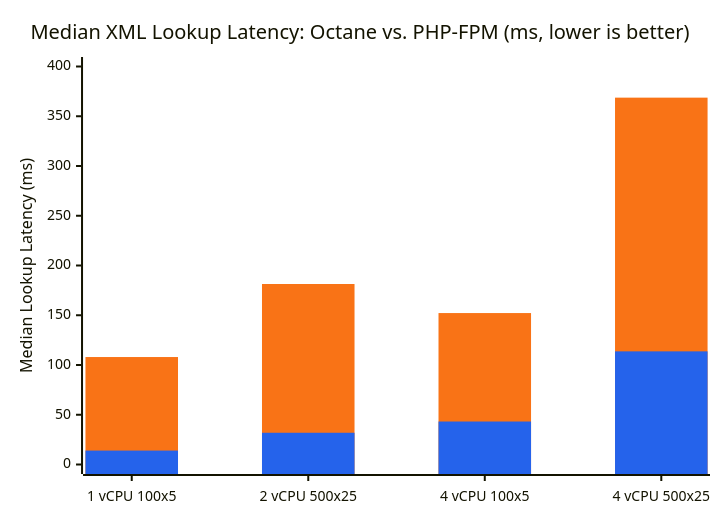
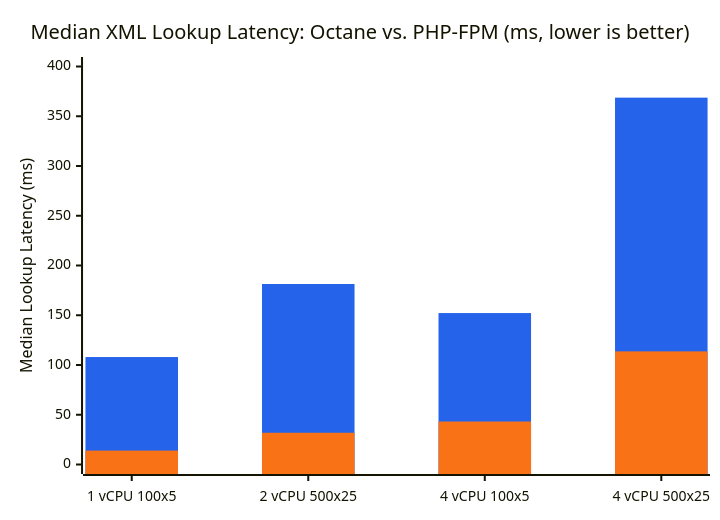
One commit to tallpbx/tallpbx changed the second of 2 diagrams in docs/load-testing-results.md. Above: the diagram before and after it, drawn with Mermaid. The commit also changed other lines of this file and 2 other files, not shown here.

First line of the commit message:
docs(load-testing): swap Octane/PHP-FPM chart colors and add colored-box legend

````diff
--- a/docs/load-testing-results.md
+++ b/docs/load-testing-results.md
@@ -114,14 +114,14 @@
 ```mermaid
 ---
 config:
   themeVariables:
     xyChart:
-      plotColorPalette: "#f97316, #2563eb"
+      plotColorPalette: "#2563eb, #f97316"
 ---
 xychart-beta
     title "Median XML Lookup Latency: Octane vs. PHP-FPM (ms, lower is better)"
     x-axis ["1 vCPU 100x5", "2 vCPU 500x25", "4 vCPU 100x5", "4 vCPU 500x25"]
     y-axis "Median Lookup Latency (ms)" 0 --> 400
     bar [108, 181.4, 152.2, 368.7]
     bar [14, 31.9, 43.2, 113.7]
 ```
````
